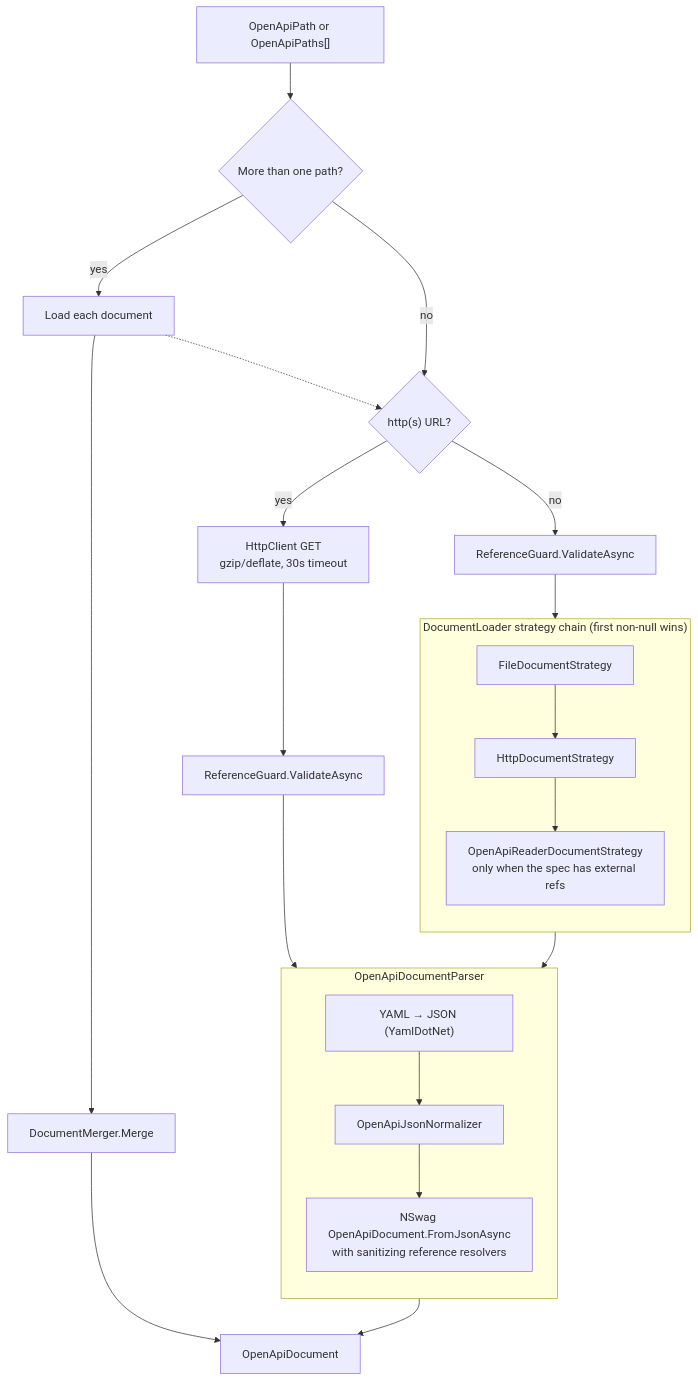
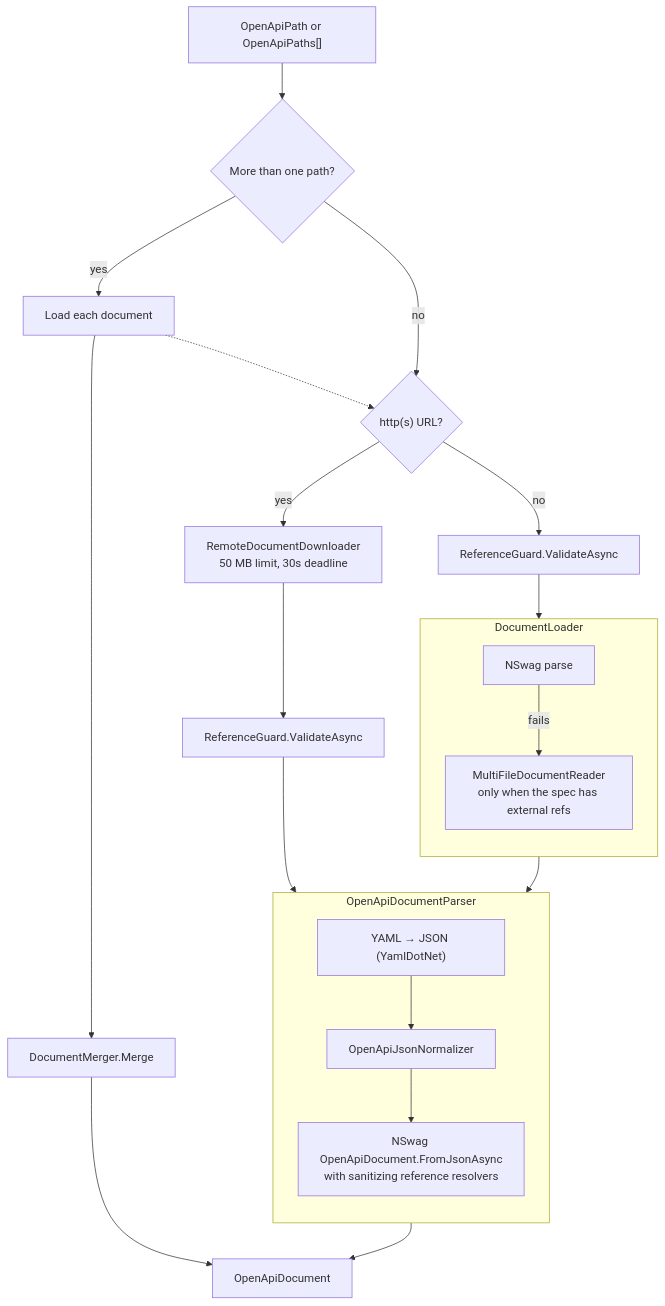
Before and after one commit to christianhelle/refitter: the third of 10 diagrams in docs/docfx_project/articles/technical/core-pipeline.md, drawn with Mermaid. The commit also changed other lines of this file, not shown here.

Commit message:
Describe the document loader fallback in the pipeline docs

````diff
--- a/docs/docfx_project/articles/technical/core-pipeline.md
+++ b/docs/docfx_project/articles/technical/core-pipeline.md
@@ -84,23 +84,23 @@
 ```mermaid
 flowchart TD
     IN["OpenApiPath or OpenApiPaths[]"] --> MULTI{"More than one path?"}
     MULTI -- yes --> EACH["Load each document"] --> MERGE["DocumentMerger.Merge"]
     MULTI -- no --> KIND
     EACH -.-> KIND
     KIND{"http(s) URL?"}
-    KIND -- yes --> HTTP["HttpClient GET<br/>gzip/deflate, 30s timeout"] --> RG1["ReferenceGuard.ValidateAsync"] --> PARSE
+    KIND -- yes --> HTTP["RemoteDocumentDownloader<br/>50 MB limit, 30s deadline"] --> RG1["ReferenceGuard.ValidateAsync"] --> PARSE
     KIND -- no --> RG2["ReferenceGuard.ValidateAsync"] --> LOADER
 
-    subgraph LOADER["DocumentLoader strategy chain (first non-null wins)"]
+    subgraph LOADER["DocumentLoader"]
         direction TB
-        S1["FileDocumentStrategy"] --> S2["HttpDocumentStrategy"] --> S3["OpenApiReaderDocumentStrategy<br/>only when the spec has external refs"]
+        S1["NSwag parse"] -- fails --> S2["MultiFileDocumentReader<br/>only when the spec has external refs"]
     end
 
     LOADER --> PARSE
     subgraph PARSE["OpenApiDocumentParser"]
         direction TB
         P1["YAML → JSON (YamlDotNet)"] --> P2["OpenApiJsonNormalizer"] --> P3["NSwag OpenApiDocument.FromJsonAsync<br/>with sanitizing reference resolvers"]
     end
     PARSE --> DOC["OpenApiDocument"]
     MERGE --> DOC
 ```
````
